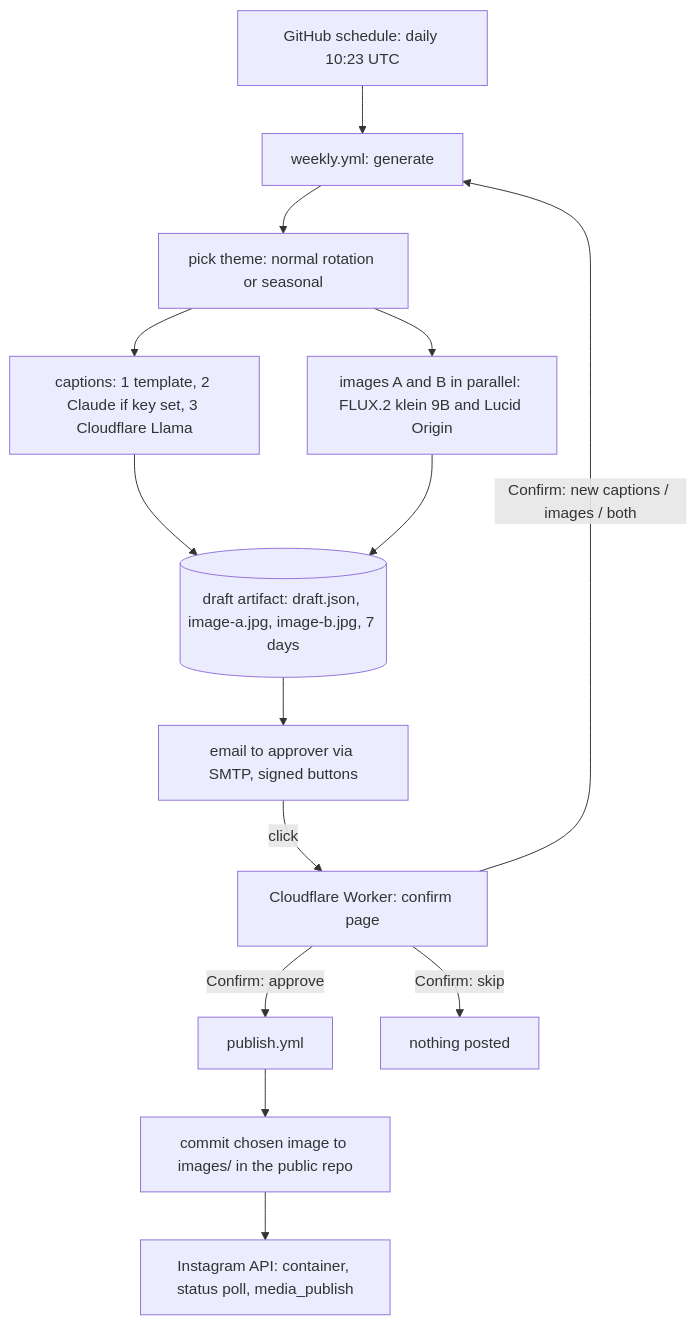
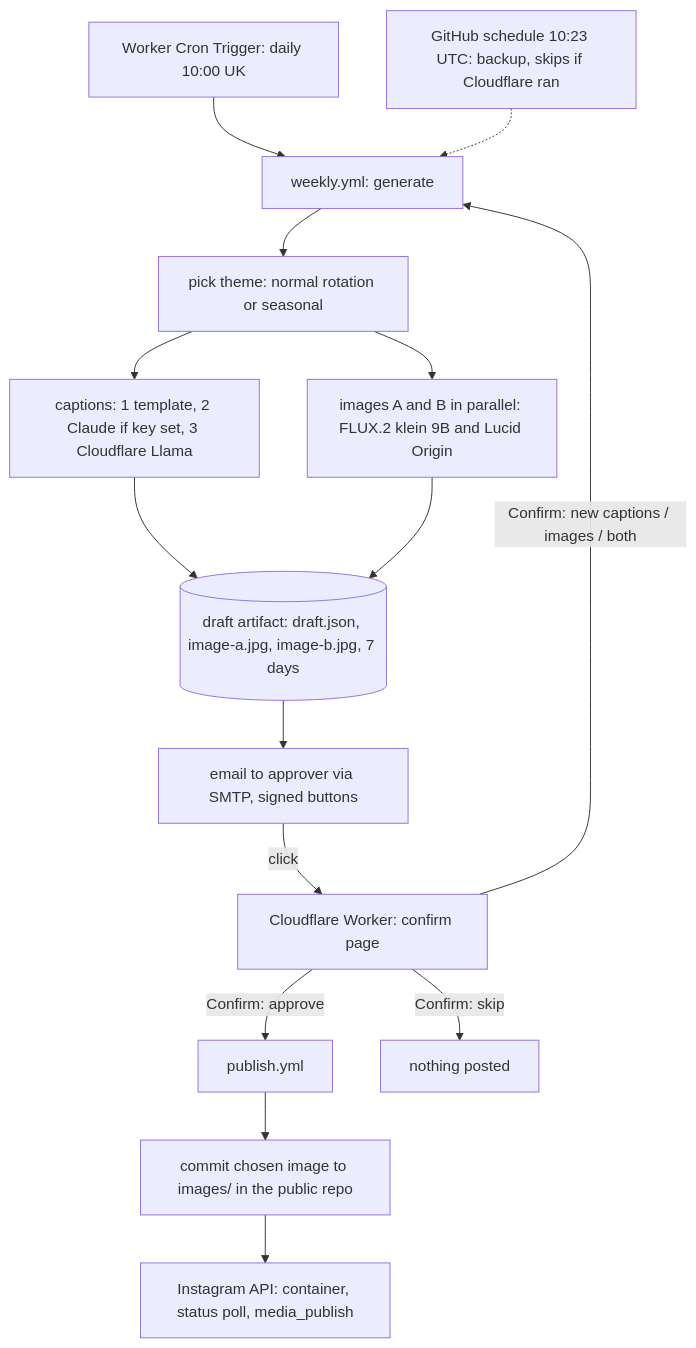
Before and after one commit to rtaank80/fdc-automation: the diagram in project-docs/ARCHITECTURE.md, drawn with Mermaid. The commit also changed other lines of this file and 9 other files, not shown here.

First line of the commit message:
Start the daily draft from a Cloudflare Cron Trigger

````diff
--- a/project-docs/ARCHITECTURE.md
+++ b/project-docs/ARCHITECTURE.md
@@ -4,16 +4,17 @@
 ```mermaid
 flowchart TD
-  S[GitHub schedule: daily 10:23 UTC] --> G[weekly.yml: generate]
+  CR[Worker Cron Trigger: daily 10:00 UK] --> G[weekly.yml: generate]
+  S[GitHub schedule 10:23 UTC: backup, skips if Cloudflare ran] -.-> G
   G --> T[pick theme: normal rotation or seasonal]
   T --> C[captions: 1 template, 2 Claude if key set, 3 Cloudflare Llama]
   T --> I[images A and B in parallel: FLUX.2 klein 9B and Lucid Origin]
   C --> D[(draft artifact: draft.json, image-a.jpg, image-b.jpg, 7 days)]
   I --> D
   D --> E[email to approver via SMTP, signed buttons]
   E -->|click| W[Cloudflare Worker: confirm page]
   W -->|Confirm: approve| P[publish.yml]
   W -->|Confirm: new captions / images / both| G
   W -->|Confirm: skip| X[nothing posted]
   P --> H[commit chosen image to images/ in the public repo]
   H --> IG[Instagram API: container, status poll, media_publish]
 ```
````
